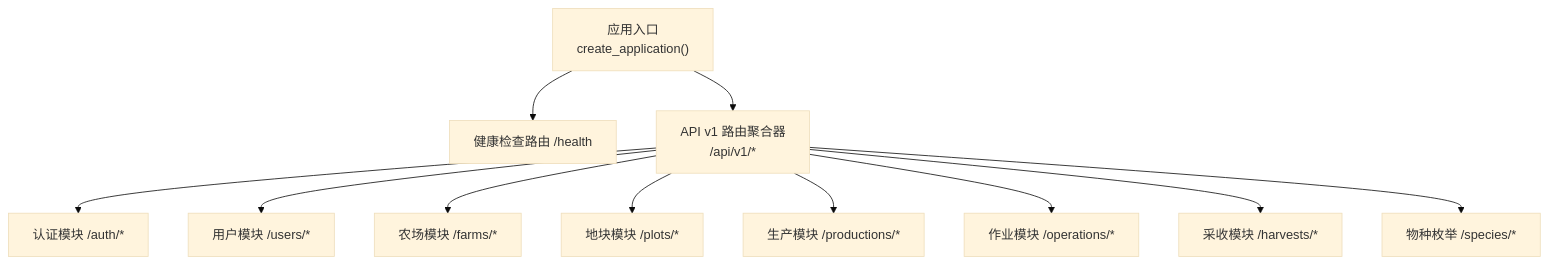
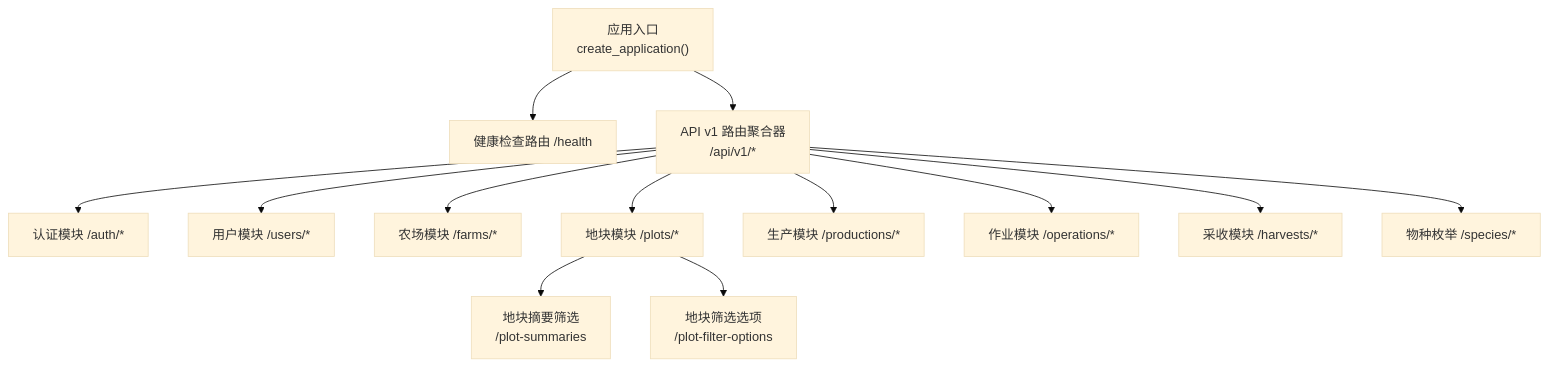
The first of 4 diagrams in .qoder/repowiki/zh/content/后端 API 文档/后端 API 文档.md (wungjyan/pocket-farm), drawn with Mermaid (base theme) before and after one commit. The commit also changed other lines of this file and 198 other files, not shown here.

````diff
--- a/.qoder/repowiki/zh/content/后端 API 文档/后端 API 文档.md
+++ b/.qoder/repowiki/zh/content/后端 API 文档/后端 API 文档.md
@@ -40,13 +50,15 @@
 ```mermaid
 graph TB
 A["应用入口<br/>create_application()"] --> B["健康检查路由 /health"]
 A --> C["API v1 路由聚合器<br/>/api/v1/*"]
 C --> D["认证模块 /auth/*"]
 C --> E["用户模块 /users/*"]
 C --> F["农场模块 /farms/*"]
 C --> G["地块模块 /plots/*"]
 C --> H["生产模块 /productions/*"]
 C --> I["作业模块 /operations/*"]
 C --> J["采收模块 /harvests/*"]
 C --> K["物种枚举 /species/*"]
+G --> L["地块摘要筛选<br/>/plot-summaries"]
+G --> M["地块筛选选项<br/>/plot-filter-options"]
 ```
````
